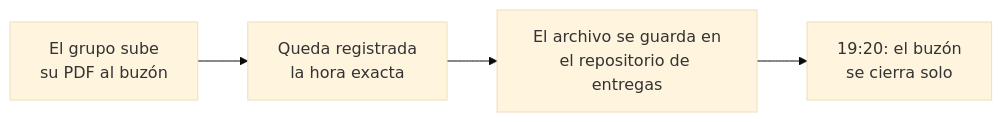
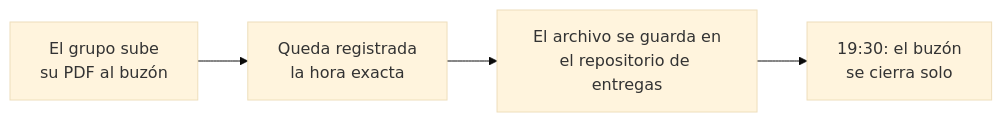
Before and after one commit to hizocar/ia-course-usm: the diagram in docs/entregas.md, drawn with Mermaid (base theme). The commit also changed other lines of this file and 11 other files, not shown here.

````diff
--- a/docs/entregas.md
+++ b/docs/entregas.md
@@ -20,6 +20,6 @@
 ```mermaid
 flowchart LR
     A["El grupo sube<br/>su PDF al buzón"] --> B["Queda registrada<br/>la hora exacta"]
     B --> C["El archivo se guarda en<br/>el repositorio de entregas"]
-    C --> D["19:20: el buzón<br/>se cierra solo"]
+    C --> D["19:30: el buzón<br/>se cierra solo"]
 ```
````
